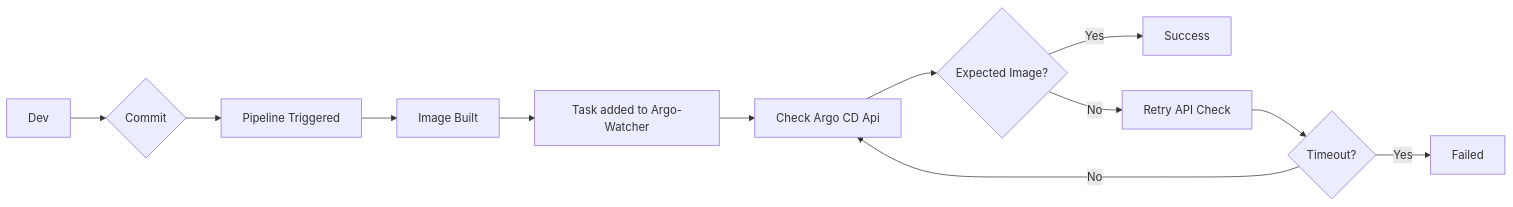
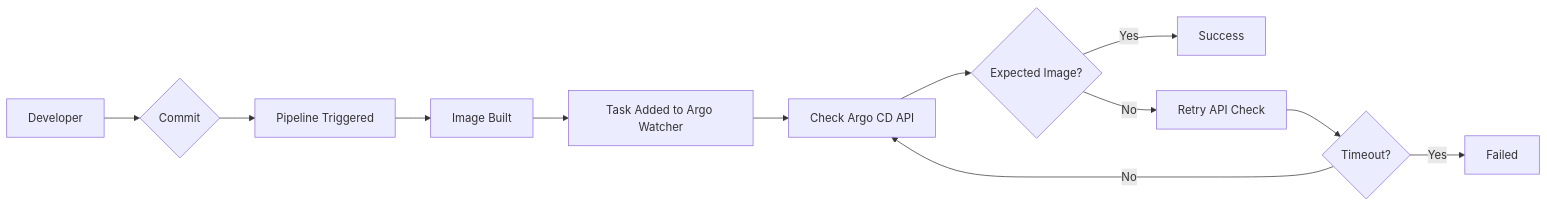
Before and after one commit to shini4i/argo-watcher: the second of 3 diagrams in docs/index.md, drawn with Mermaid. The commit also changed other lines of this file and 8 other files, not shown here.

````diff
--- a/docs/index.md
+++ b/docs/index.md
@@ -22,14 +81,14 @@
 ```mermaid
 graph LR
-    Dev[Dev] --> Commit{Commit}
+    Dev[Developer] --> Commit{Commit}
     Commit --> Pipeline[Pipeline Triggered]
     Pipeline --> Docker[Image Built]
-    Docker --> Task[Task added to Argo-Watcher]
-    Task --> Check[Check Argo CD Api]
+    Docker --> Task[Task Added to Argo Watcher]
+    Task --> Check[Check Argo CD API]
     Check --> Decision{Expected Image?}
     Decision -->|Yes| Success[Success]
     Decision -->|No| Retry[Retry API Check]
     Retry --> Timeout{Timeout?}
     Timeout -->|Yes| Failed[Failed]
     Timeout -->|No| Check
 ```
````
